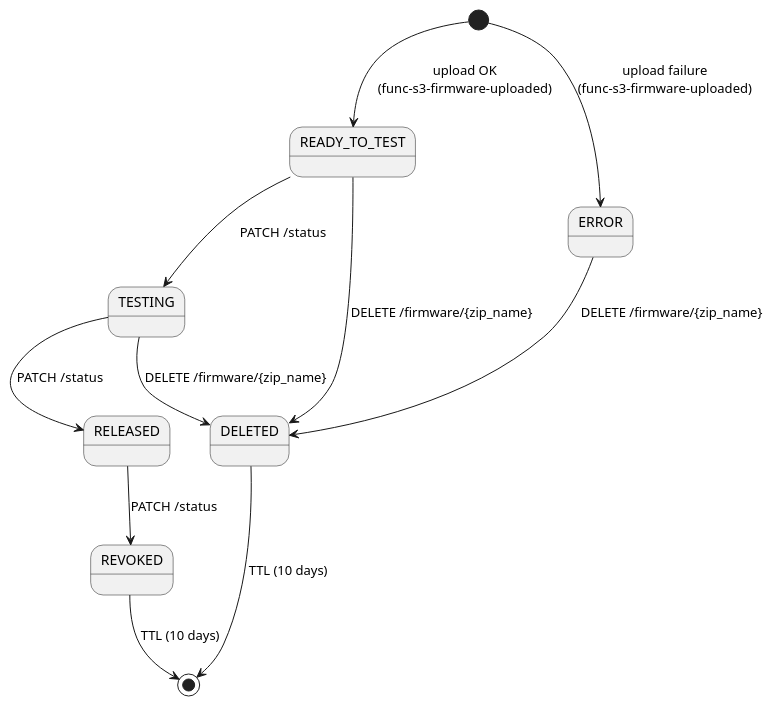
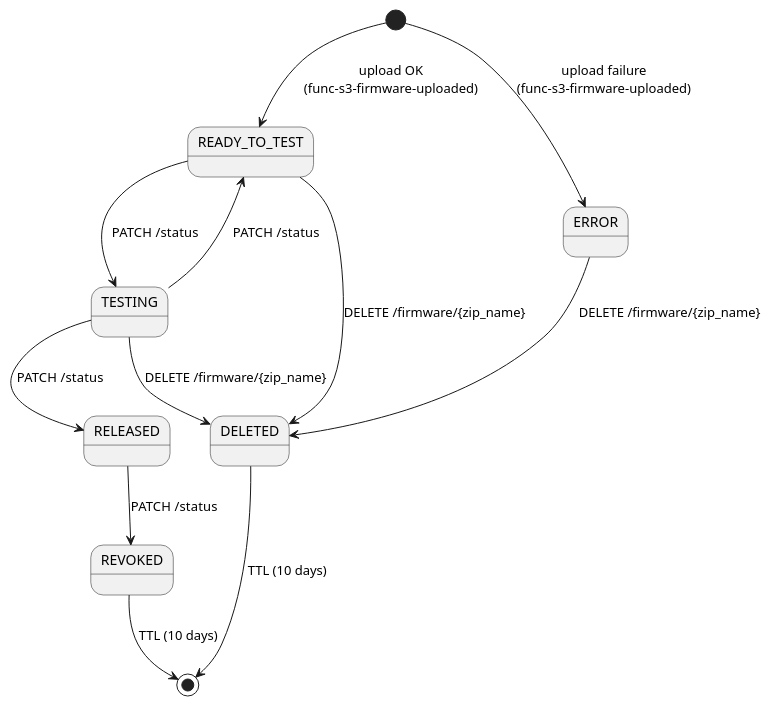
The diagram in cloud/lambdas/images/func-api-firmware-status-patch-states.puml (BrentIO/FireFly), drawn with PlantUML before and after one commit. The commit also changed 2 other files, not shown here.

Commit message:
Add TESTING → READY_TO_TEST rollback transition to state machine docs

```diff
--- a/cloud/lambdas/images/func-api-firmware-status-patch-states.puml
+++ b/cloud/lambdas/images/func-api-firmware-status-patch-states.puml
@@ -1,17 +1,18 @@
 @startuml
 
 [*] --> READY_TO_TEST : upload OK\n(func-s3-firmware-uploaded)
 [*] --> ERROR : upload failure\n(func-s3-firmware-uploaded)
 
 READY_TO_TEST --> TESTING : PATCH /status
+TESTING --> READY_TO_TEST : PATCH /status
 TESTING --> RELEASED : PATCH /status
 RELEASED --> REVOKED : PATCH /status
 
 READY_TO_TEST --> DELETED : DELETE /firmware/{zip_name}
 TESTING --> DELETED : DELETE /firmware/{zip_name}
 ERROR --> DELETED : DELETE /firmware/{zip_name}
 
 REVOKED --> [*] : TTL (10 days)
 DELETED --> [*] : TTL (10 days)
 
 @enduml
```
